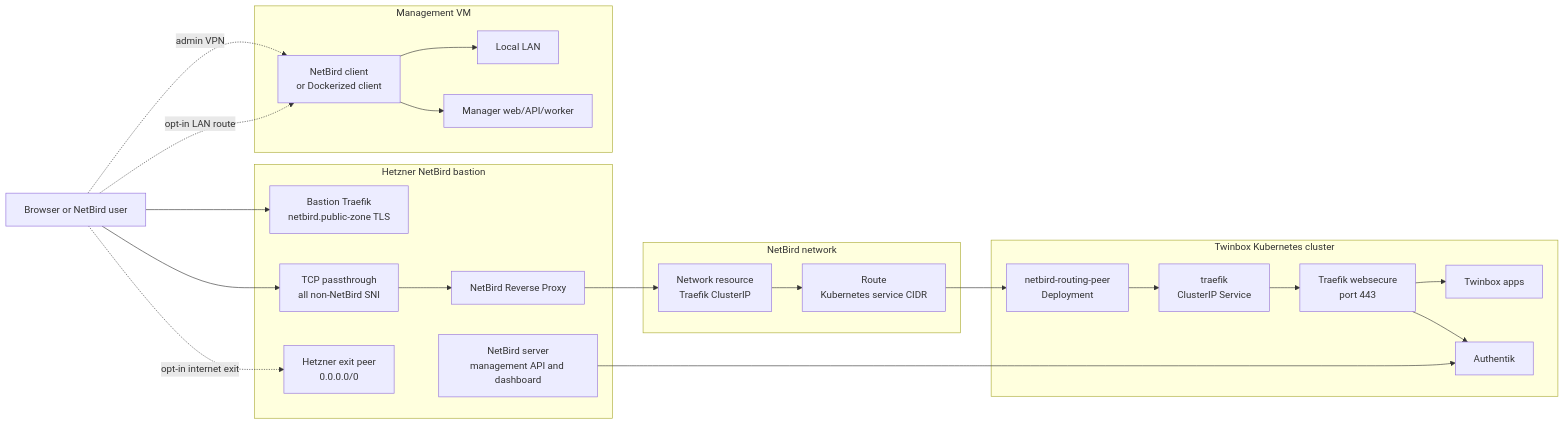
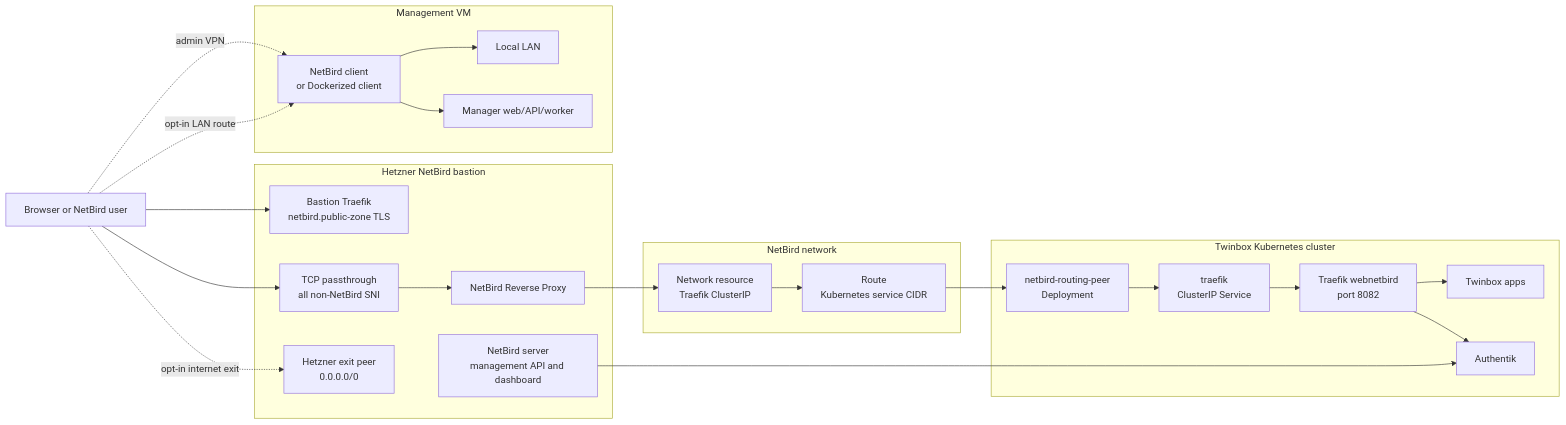
Before and after one commit to harrywesterman/Twinbox: the first of 2 diagrams in docs/netbird.md, drawn with Mermaid. The commit also changed other lines of this file and 7 other files, not shown here.

Commit message:
Route NetBird backend over Traefik webnetbird

````diff
--- a/docs/netbird.md
+++ b/docs/netbird.md
@@ -27,48 +27,48 @@
 ```mermaid
 flowchart LR
     user["Browser or NetBird user"]
 
     subgraph bastion["Hetzner NetBird bastion"]
         tls["Bastion Traefik\nnetbird.public-zone TLS"]
         passthrough["TCP passthrough\nall non-NetBird SNI"]
         proxy["NetBird Reverse Proxy"]
         exitpeer["Hetzner exit peer\n0.0.0.0/0"]
         server["NetBird server\nmanagement API and dashboard"]
     end
 
     subgraph nb["NetBird network"]
         resource["Network resource\nTraefik ClusterIP"]
         route["Route\nKubernetes service CIDR"]
     end
 
     subgraph cluster["Twinbox Kubernetes cluster"]
         peer["netbird-routing-peer\nDeployment"]
         svc["traefik\nClusterIP Service"]
-        traefik["Traefik websecure\nport 443"]
+        traefik["Traefik webnetbird\nport 8082"]
         apps["Twinbox apps"]
         authentik["Authentik"]
     end
 
     subgraph mgmt["Management VM"]
         mgmtpeer["NetBird client\nor Dockerized client"]
         lan["Local LAN"]
         manager["Manager web/API/worker"]
     end
 
     user --> tls
     user --> passthrough
     passthrough --> proxy
     proxy --> resource
     resource --> route
     route --> peer
     peer --> svc
     svc --> traefik
     traefik --> apps
     traefik --> authentik
     server --> authentik
     user -. admin VPN .-> mgmtpeer
     mgmtpeer --> manager
     user -. opt-in LAN route .-> mgmtpeer
     mgmtpeer --> lan
     user -. opt-in internet exit .-> exitpeer
 ```
````
